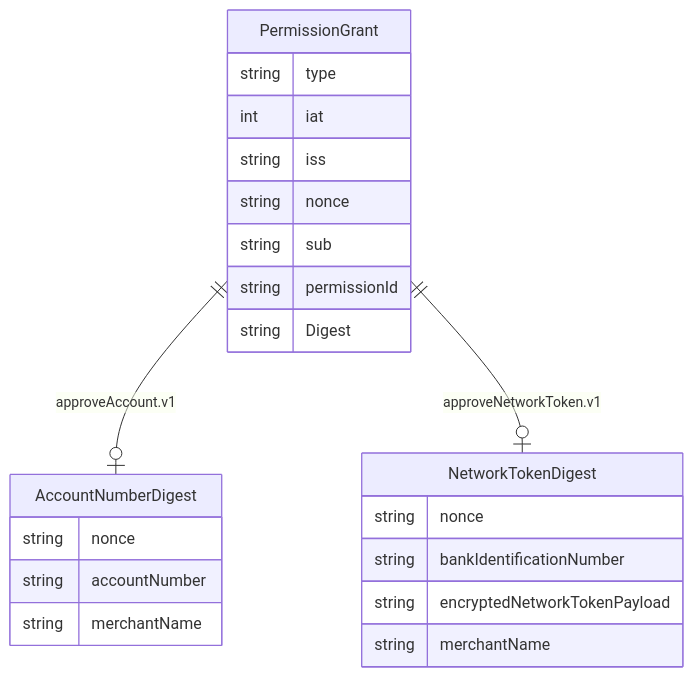
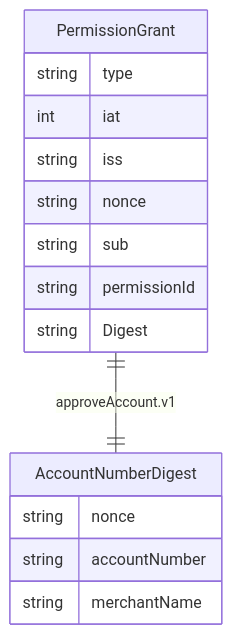
The second of 8 diagrams in docs/authentication_interoperability.md (BankAxept/bankaxept-epayment-development-kit), drawn with Mermaid before and after one commit. The commit also changed other lines of this file and 3 other files, not shown here.

Commit message:
feat(enrolment): revise network token flow

````diff
--- a/docs/authentication_interoperability.md
+++ b/docs/authentication_interoperability.md
@@ -123,25 +116,18 @@
 ```mermaid
 erDiagram
-    PermissionGrant ||--o| AccountNumberDigest: "approveAccount.v1"
-    PermissionGrant ||--o| NetworkTokenDigest: "approveNetworkToken.v1"
+    PermissionGrant ||--|| AccountNumberDigest: "approveAccount.v1"
     PermissionGrant {
         string type
         int iat
         string iss
         string nonce
         string sub
         string permissionId
         string Digest
     }
     AccountNumberDigest {
         string nonce
         string accountNumber
         string merchantName
     }
-    NetworkTokenDigest {
-        string nonce
-        string bankIdentificationNumber
-        string encryptedNetworkTokenPayload
-        string merchantName
-    }
 ```
````
